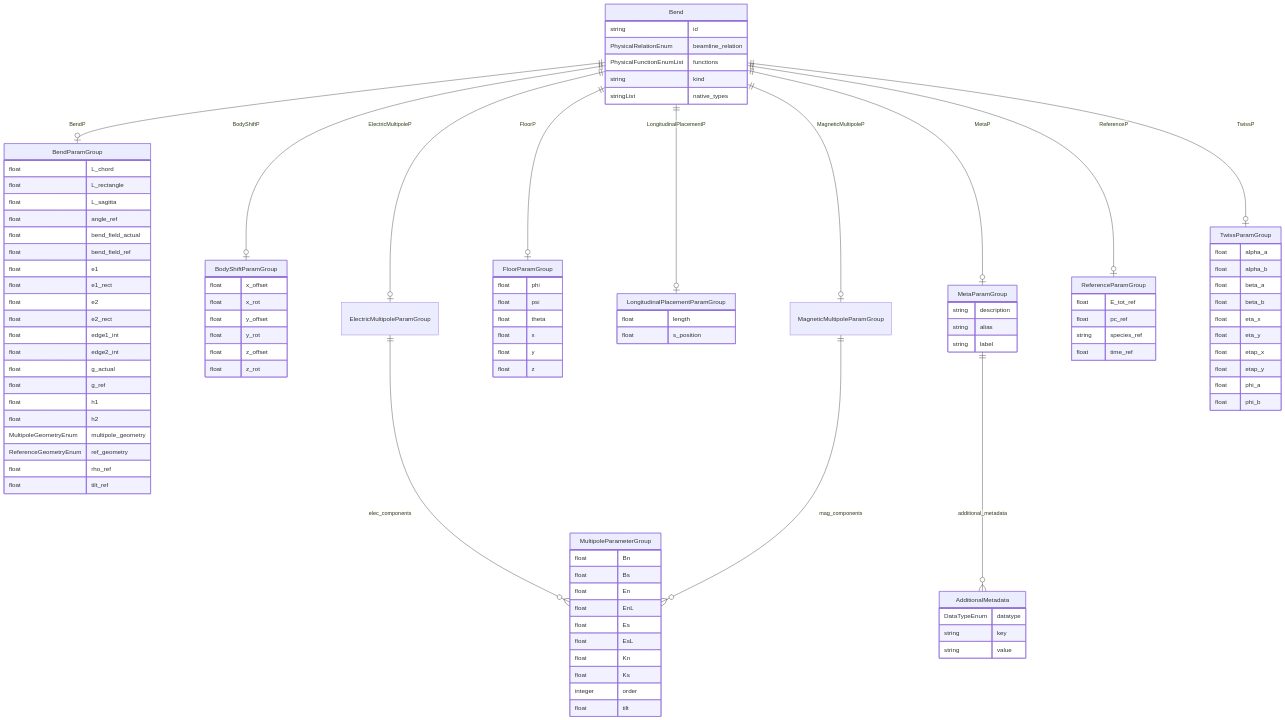
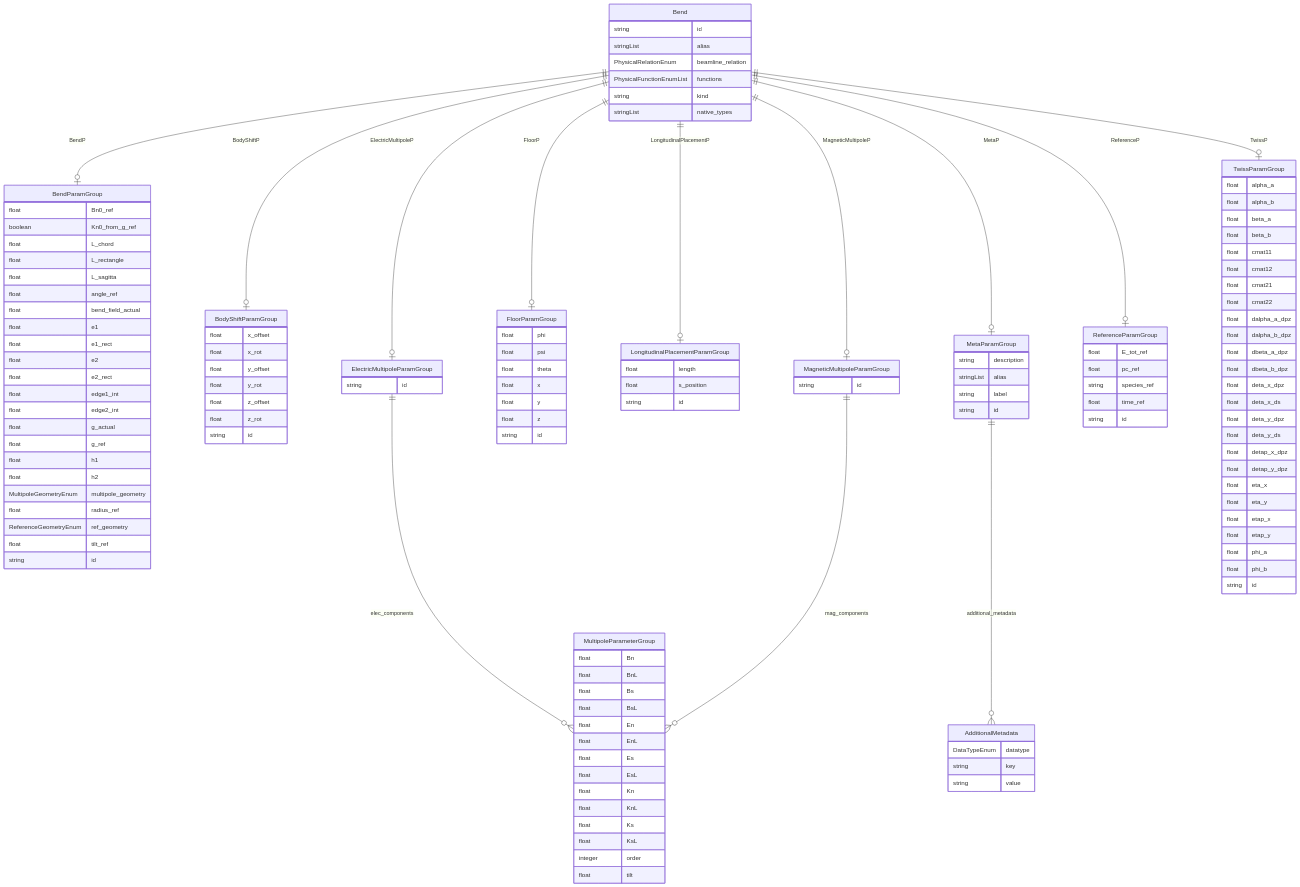
One commit to pals-project/pals-facility-config changed the diagram in docs/elements/classes/Bend.md. Above: the diagram before and after it, drawn with Mermaid. The commit also changed other lines of this file and 499 other files, not shown here.

```diff
--- a/docs/elements/classes/Bend.md
+++ b/docs/elements/classes/Bend.md
@@ -21,18 +21,20 @@
 }
 Bend {
     string id  
+    stringList alias  
     PhysicalRelationEnum beamline_relation  
     PhysicalFunctionEnumList functions  
     string kind  
     stringList native_types  
 }
 BendParamGroup {
+    float Bn0_ref  
+    boolean Kn0_from_g_ref  
     float L_chord  
     float L_rectangle  
     float L_sagitta  
     float angle_ref  
     float bend_field_actual  
-    float bend_field_ref  
     float e1  
     float e1_rect  
     float e2  
@@ -44,9 +46,10 @@
     float h1  
     float h2  
     MultipoleGeometryEnum multipole_geometry  
+    float radius_ref  
     ReferenceGeometryEnum ref_geometry  
-    float rho_ref  
     float tilt_ref  
+    string id  
 }
 BodyShiftParamGroup {
     float x_offset  
@@ -55,9 +58,10 @@
     float y_rot  
     float z_offset  
     float z_rot  
+    string id  
 }
 ElectricMultipoleParamGroup {
-
+    string id  
 }
 FloorParamGroup {
     float phi  
@@ -66,28 +70,35 @@
     float x  
     float y  
     float z  
+    string id  
 }
 LongitudinalPlacementParamGroup {
     float length  
     float s_position  
+    string id  
 }
 MagneticMultipoleParamGroup {
-
+    string id  
 }
 MetaParamGroup {
     string description  
-    string alias  
+    stringList alias  
     string label  
+    string id  
 }
 MultipoleParameterGroup {
     float Bn  
+    float BnL  
     float Bs  
+    float BsL  
     float En  
     float EnL  
     float Es  
     float EsL  
     float Kn  
+    float KnL  
     float Ks  
+    float KsL  
     integer order  
     float tilt  
 }
@@ -96,18 +107,34 @@
     float pc_ref  
     string species_ref  
     float time_ref  
+    string id  
 }
 TwissParamGroup {
     float alpha_a  
     float alpha_b  
     float beta_a  
     float beta_b  
+    float cmat11  
+    float cmat12  
+    float cmat21  
+    float cmat22  
+    float dalpha_a_dpz  
+    float dalpha_b_dpz  
+    float dbeta_a_dpz  
+    float dbeta_b_dpz  
+    float deta_x_dpz  
+    float deta_x_ds  
+    float deta_y_dpz  
+    float deta_y_ds  
+    float detap_x_dpz  
+    float detap_y_dpz  
     float eta_x  
     float eta_y  
     float etap_x  
     float etap_y  
     float phi_a  
     float phi_b  
+    string id  
 }
 
 Bend ||--|o BendParamGroup : "BendP"
```
